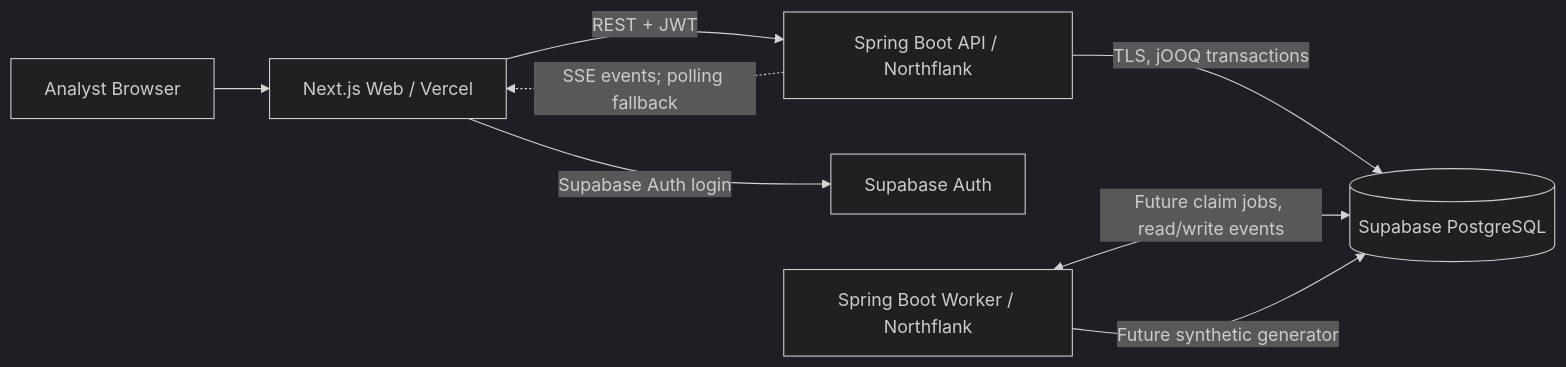
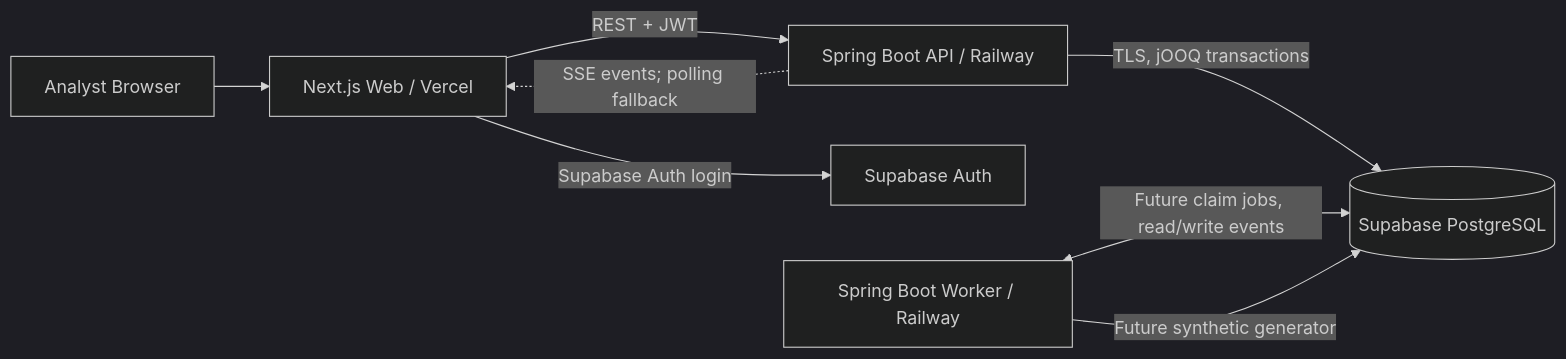
Before and after one commit to kostak-fraud/kostak-fraud-tool: the first of 2 diagrams in docs/ARCHITECTURE.md, drawn with Mermaid (dark theme). The commit also changed other lines of this file and 13 other files, not shown here.

````diff
--- a/docs/ARCHITECTURE.md
+++ b/docs/ARCHITECTURE.md
@@ -9,10 +9,10 @@
 ```mermaid
 flowchart LR
   Analyst[Analyst Browser] --> Web[Next.js Web / Vercel]
-  Web -->|REST + JWT| API[Spring Boot API / Northflank]
+  Web -->|REST + JWT| API[Spring Boot API / Railway]
   Web -->|Supabase Auth login| Auth[Supabase Auth]
   API -->|TLS, jOOQ transactions| DB[(Supabase PostgreSQL)]
-  Worker[Spring Boot Worker / Northflank] <-->|Future claim jobs, read/write events| DB
+  Worker[Spring Boot Worker / Railway] <-->|Future claim jobs, read/write events| DB
   Worker -->|Future synthetic generator| DB
   API -.->|SSE events; polling fallback| Web
 ```
````
